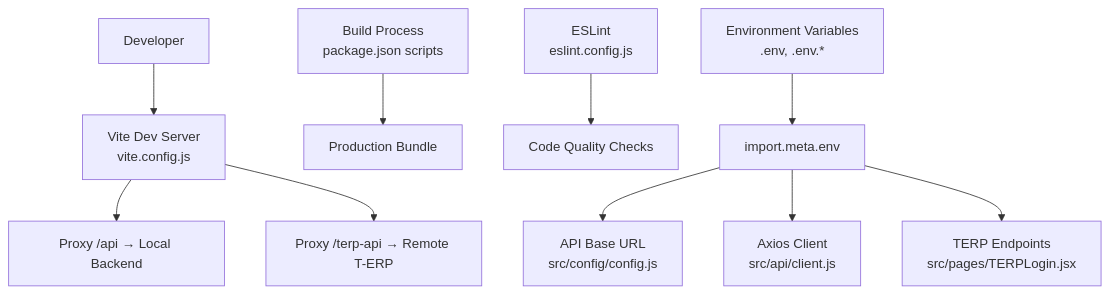
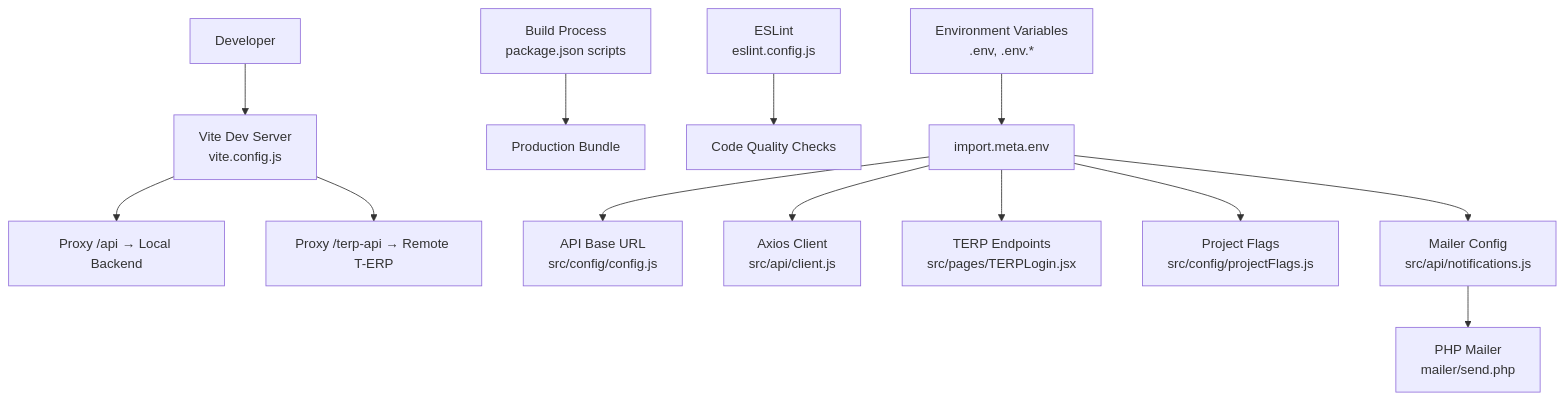
Before and after one commit to imcbsglobal/TRELLISCO_ERP_FRONTEND: the first of 11 diagrams in .qoder/repowiki/en/content/Configuration and Environment.md, drawn with Mermaid. The commit also changed other lines of this file and 35 other files, not shown here.

````diff
--- a/.qoder/repowiki/en/content/Configuration and Environment.md
+++ b/.qoder/repowiki/en/content/Configuration and Environment.md
@@ -45,12 +59,15 @@
 ```mermaid
 graph TB
 A["Developer"] --> B["Vite Dev Server<br/>vite.config.js"]
 B --> C["Proxy /api → Local Backend"]
 B --> D["Proxy /terp-api → Remote T-ERP"]
 E["Build Process<br/>package.json scripts"] --> F["Production Bundle"]
 G["ESLint<br/>eslint.config.js"] --> H["Code Quality Checks"]
 I["Environment Variables<br/>.env, .env.*"] --> J["import.meta.env"]
 J --> K["API Base URL<br/>src/config/config.js"]
 J --> L["Axios Client<br/>src/api/client.js"]
 J --> M["TERP Endpoints<br/>src/pages/TERPLogin.jsx"]
+J --> N["Project Flags<br/>src/config/projectFlags.js"]
+J --> O["Mailer Config<br/>src/api/notifications.js"]
+O --> P["PHP Mailer<br/>mailer/send.php"]
 ```
````
